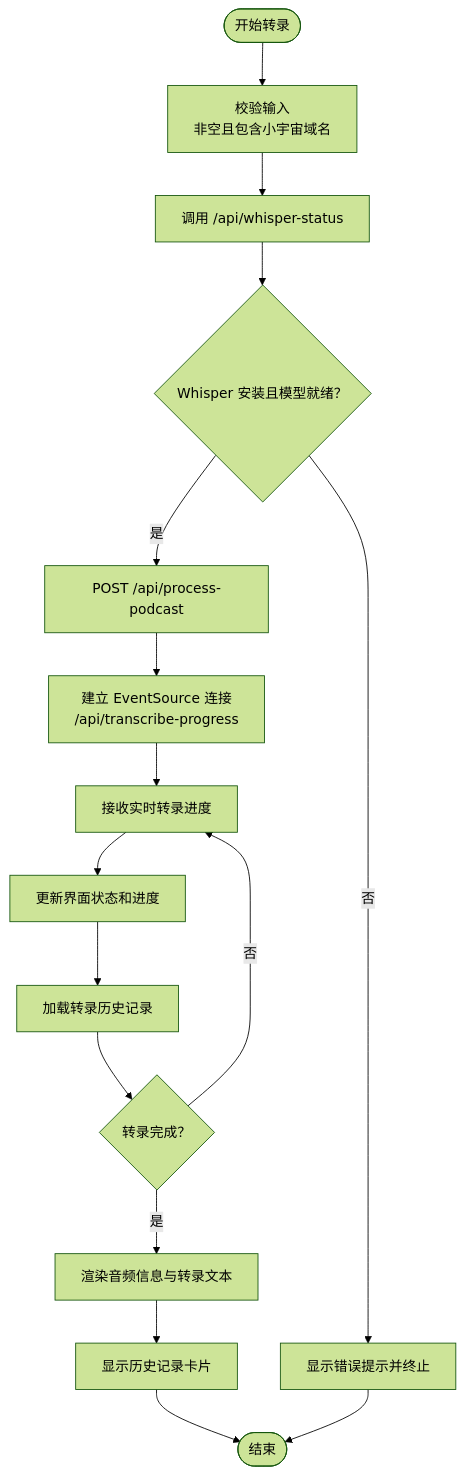
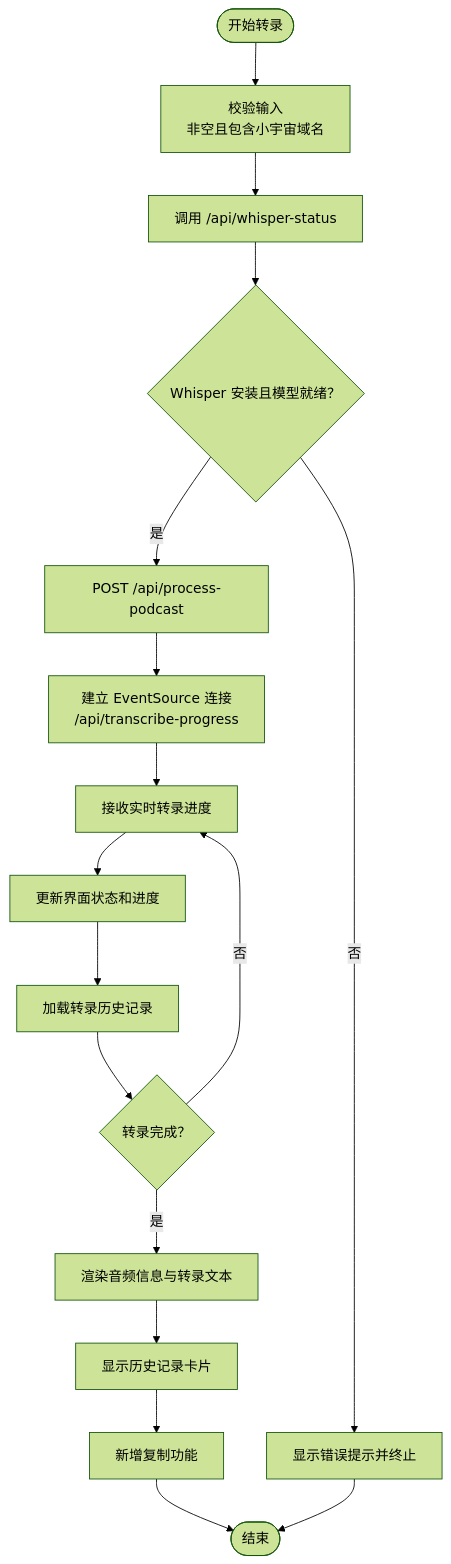
The fifth of 19 diagrams in .qoder/repowiki/zh/content/核心功能模块/播客转录功能.md (clawbotai/memo-flow), drawn with Mermaid (forest theme) before and after one commit. The commit also changed other lines of this file and 4 other files, not shown here.

````diff
--- a/.qoder/repowiki/zh/content/核心功能模块/播客转录功能.md
+++ b/.qoder/repowiki/zh/content/核心功能模块/播客转录功能.md
@@ -262,18 +270,19 @@
 ```mermaid
 flowchart TD
 Start(["开始转录"]) --> Validate["校验输入<br/>非空且包含小宇宙域名"]
 Validate --> StatusCheck["调用 /api/whisper-status"]
 StatusCheck --> StatusOK{"Whisper 安装且模型就绪？"}
 StatusOK --> |否| ShowError["显示错误提示并终止"]
 StatusOK --> |是| CallAPI["POST /api/process-podcast"]
 CallAPI --> CreateES["建立 EventSource 连接<br/>/api/transcribe-progress"]
 CreateES --> ReceiveProgress["接收实时转录进度"]
 ReceiveProgress --> UpdateUI["更新界面状态和进度"]
 UpdateUI --> LoadHistory["加载转录历史记录"]
 LoadHistory --> Complete{"转录完成？"}
 Complete --> |否| ReceiveProgress
 Complete --> |是| RenderResult["渲染音频信息与转录文本"]
 RenderResult --> ShowHistory["显示历史记录卡片"]
-ShowHistory --> End(["结束"])
+ShowHistory --> CopyFeature["新增复制功能"]
+CopyFeature --> End(["结束"])
 ShowError --> End
 ```
````
